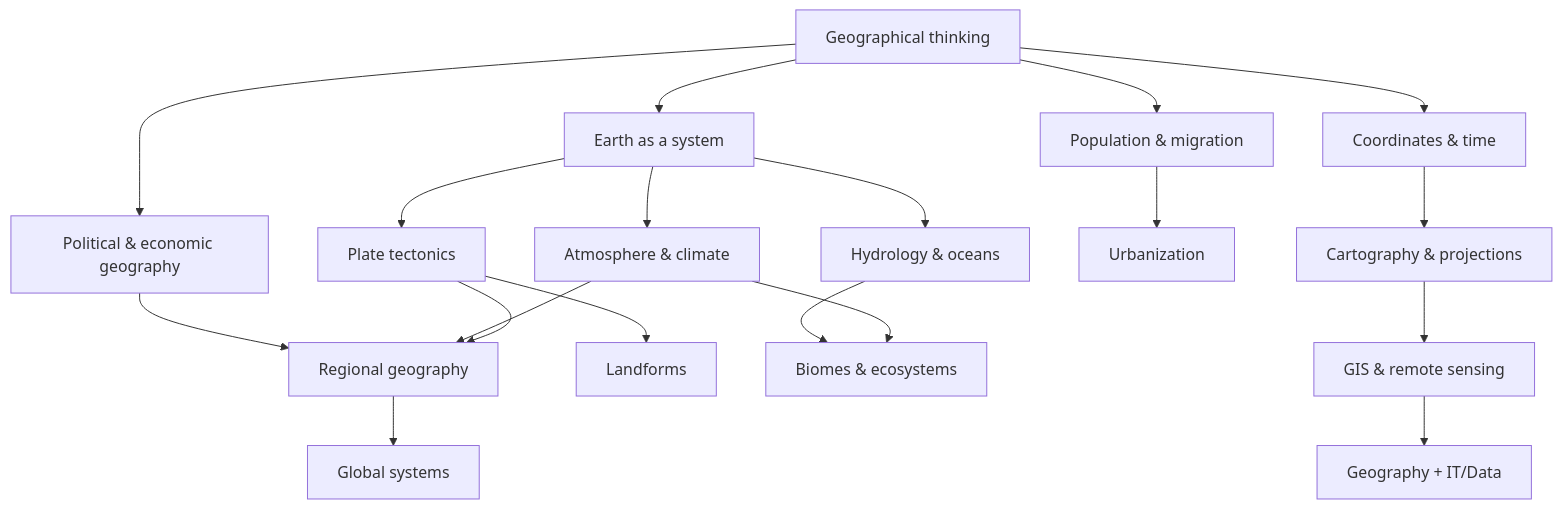
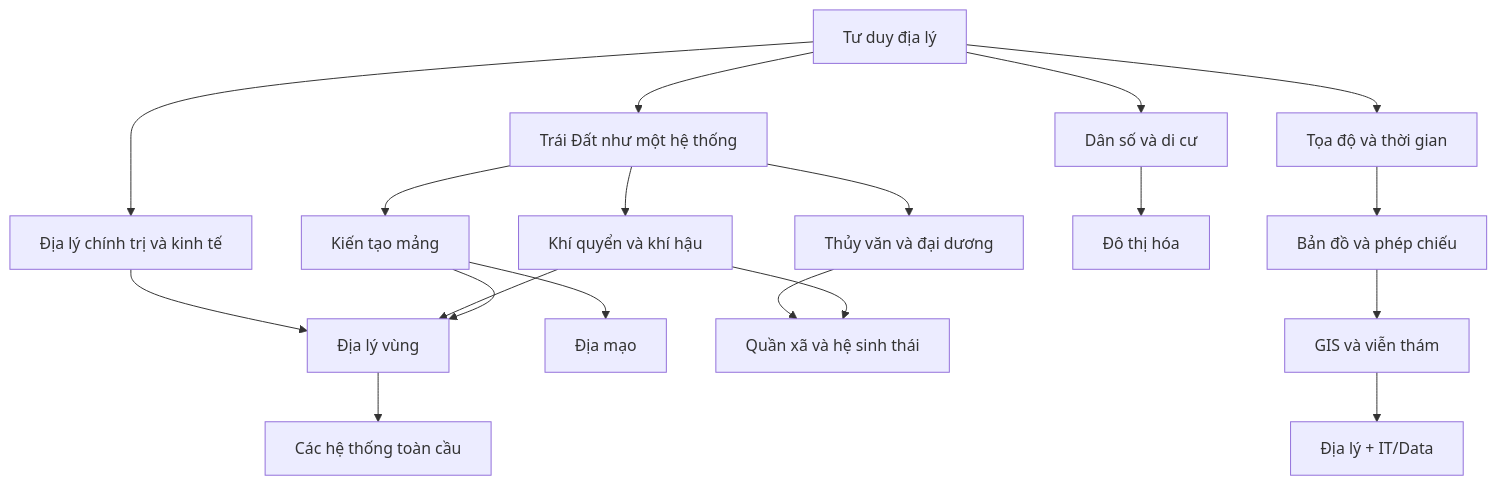
One commit to hunggtham/learning-docs changed the diagram in world_geography/README.md. Above: the diagram before and after it, drawn with Mermaid. The commit also changed other lines of this file and 43 other files, not shown here.

````diff
--- a/world_geography/README.md
+++ b/world_geography/README.md
@@ -15,21 +15,21 @@
 ```mermaid
 graph TD
-  A[Geographical thinking] --> B[Earth as a system]
-  A --> C[Coordinates & time]
-  C --> D[Cartography & projections]
-  D --> E[GIS & remote sensing]
-  B --> F[Plate tectonics]
-  B --> G[Atmosphere & climate]
-  B --> H[Hydrology & oceans]
-  F --> I[Landforms]
-  G --> J[Biomes & ecosystems]
+  A[Tư duy địa lý] --> B[Trái Đất như một hệ thống]
+  A --> C[Tọa độ và thời gian]
+  C --> D[Bản đồ và phép chiếu]
+  D --> E[GIS và viễn thám]
+  B --> F[Kiến tạo mảng]
+  B --> G[Khí quyển và khí hậu]
+  B --> H[Thủy văn và đại dương]
+  F --> I[Địa mạo]
+  G --> J[Quần xã và hệ sinh thái]
   H --> J
-  A --> K[Population & migration]
-  K --> L[Urbanization]
-  A --> M[Political & economic geography]
-  F --> N[Regional geography]
+  A --> K[Dân số và di cư]
+  K --> L[Đô thị hóa]
+  A --> M[Địa lý chính trị và kinh tế]
+  F --> N[Địa lý vùng]
   G --> N
   M --> N
-  N --> O[Global systems]
-  E --> P[Geography + IT/Data]
+  N --> O[Các hệ thống toàn cầu]
+  E --> P[Địa lý + IT/Data]
 ```
````
